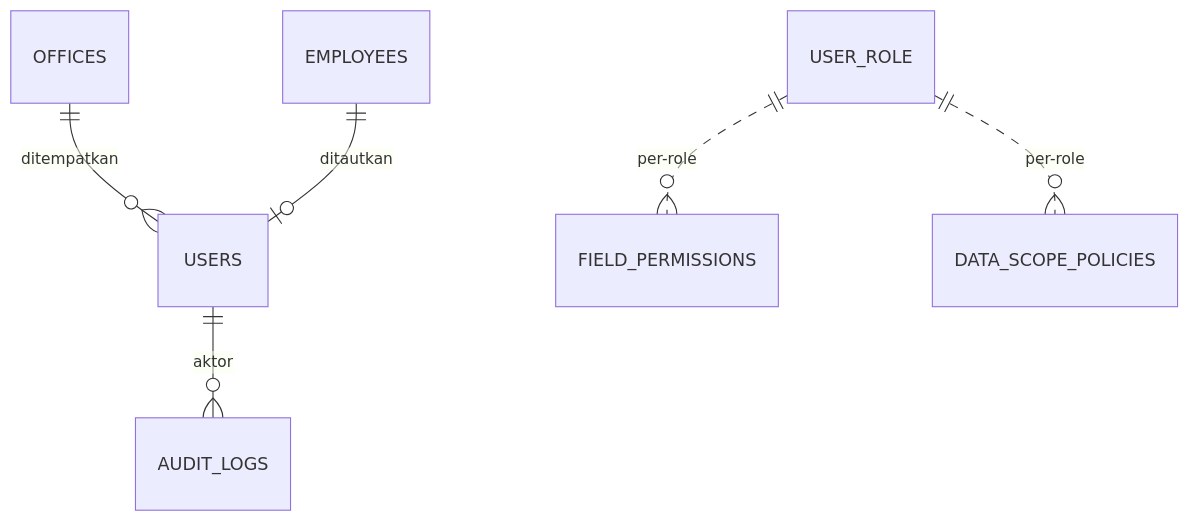
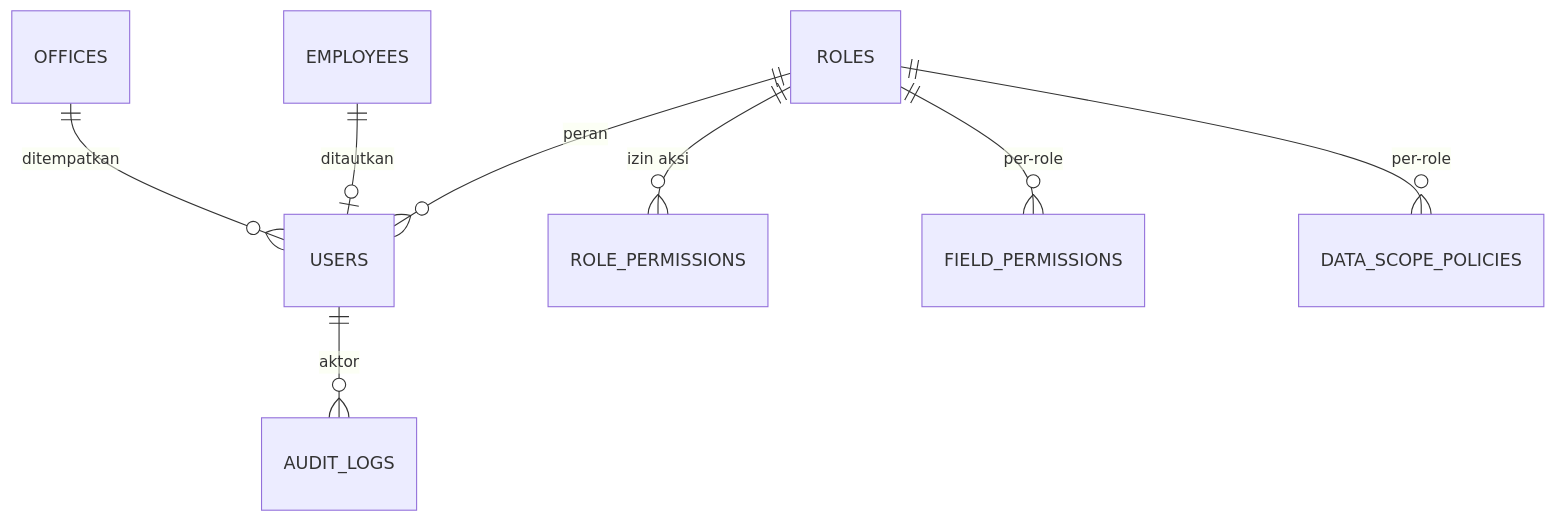
Before and after one commit to ragbuaj/inventra: the first of 4 diagrams in docs/DATABASE.md, drawn with Mermaid. The commit also changed other lines of this file and 1 other file, not shown here.

````diff
--- a/docs/DATABASE.md
+++ b/docs/DATABASE.md
@@ -65,8 +71,10 @@
 ```mermaid
 erDiagram
   OFFICES   ||--o{ USERS              : "ditempatkan"
   EMPLOYEES ||--o| USERS              : "ditautkan"
+  ROLES     ||--o{ USERS              : "peran"
+  ROLES     ||--o{ ROLE_PERMISSIONS   : "izin aksi"
+  ROLES     ||--o{ FIELD_PERMISSIONS  : "per-role"
+  ROLES     ||--o{ DATA_SCOPE_POLICIES: "per-role"
   USERS     ||--o{ AUDIT_LOGS         : "aktor"
-  USER_ROLE ||..o{ FIELD_PERMISSIONS  : "per-role"
-  USER_ROLE ||..o{ DATA_SCOPE_POLICIES: "per-role"
 ```
````
